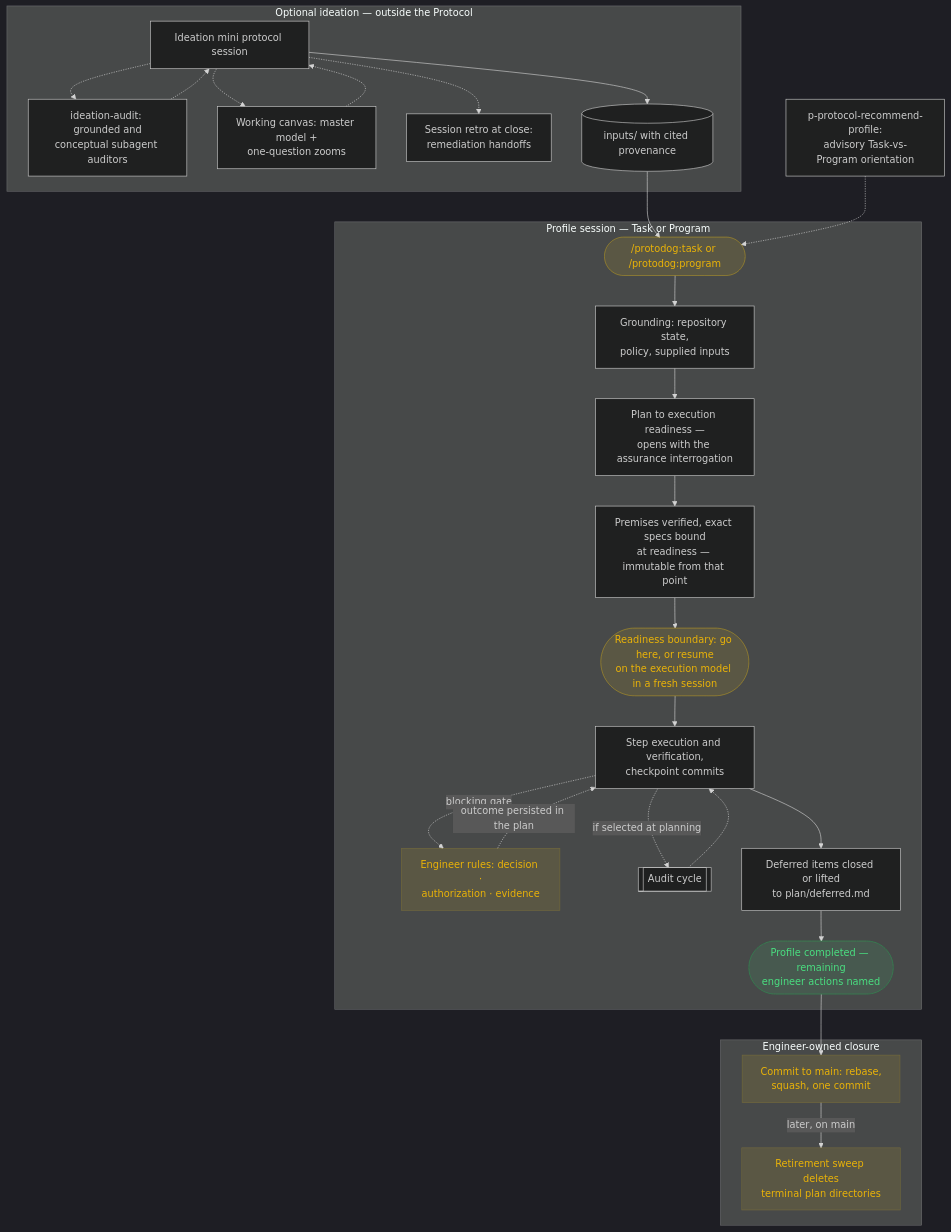
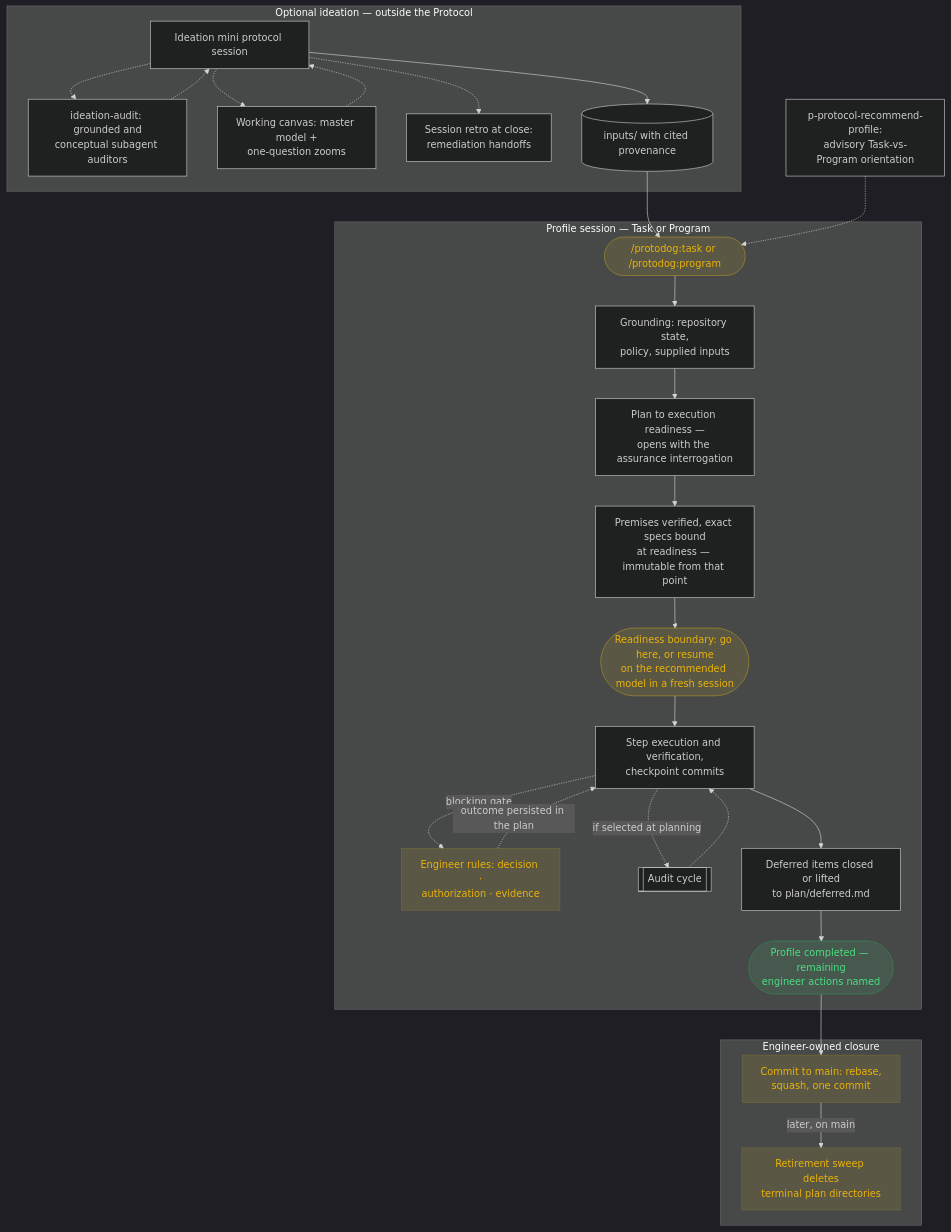
One commit to pablofrommars/protodog changed the first of 4 diagrams in README.md. Above: the diagram before and after it, drawn with Mermaid. The commit also changed other lines of this file and 6 other files, not shown here.

Commit message:
Release 3.7.0: readiness handoff recommends its execution model

````diff
--- a/README.md
+++ b/README.md
@@ -144,38 +145,38 @@
 ```mermaid
 %%{init: {'theme':'dark'}}%%
 flowchart TD
     subgraph ideation[Optional ideation — outside the Protocol]
         mini[Ideation mini protocol session] -.-> contest[ideation-audit: grounded and<br>conceptual subagent auditors]
         contest -.-> mini
         mini -.-> canvas[Working canvas: master model +<br>one-question zooms]
         canvas -.-> mini
         mini -.-> retro[Session retro at close:<br>remediation handoffs]
         mini --> inputsDoc[(inputs/ with cited provenance)]
     end
 
     subgraph profile[Profile session — Task or Program]
         invoke(["/protodog:task or /protodog:program"]):::engineer --> ground[Grounding: repository state,<br>policy, supplied inputs]
         ground --> planning[Plan to execution readiness —<br>opens with the assurance interrogation]
         planning --> bind[Premises verified, exact specs bound<br>at readiness — immutable from that point]
-        bind --> readyGate([Readiness boundary: go here, or resume<br>on the execution model in a fresh session]):::engineer
+        bind --> readyGate([Readiness boundary: go here, or resume<br>on the recommended model in a fresh session]):::engineer
         readyGate --> execute[Step execution and verification,<br>checkpoint commits]
         execute -.->|blocking gate| hil[Engineer rules: decision ·<br>authorization · evidence]:::engineer
         hil -.->|outcome persisted in the plan| execute
         execute -.->|if selected at planning| auditCycle[[Audit cycle]]
         auditCycle -.-> execute
         execute --> lift[Deferred items closed or lifted<br>to plan/deferred.md]
         lift --> completed([Profile completed — remaining<br>engineer actions named]):::done
     end
 
     subgraph closure[Engineer-owned closure]
         commit[Commit to main: rebase,<br>squash, one commit]:::engineer
         commit -->|later, on main| retire[Retirement sweep deletes<br>terminal plan directories]:::engineer
     end
 
     inputsDoc --> invoke
     orient[p-protocol-recommend-profile:<br>advisory Task-vs-Program orientation] -.-> invoke
     completed --> commit
 
     classDef engineer fill:#facc151a,stroke:#facc1533,color:#eab308
     classDef done fill:#4ade801a,stroke:#22c55e33,color:#4ade80
 ```
````
